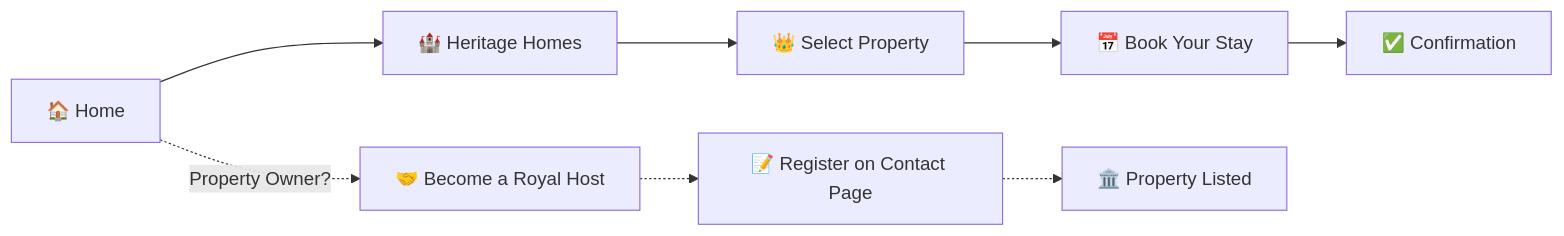
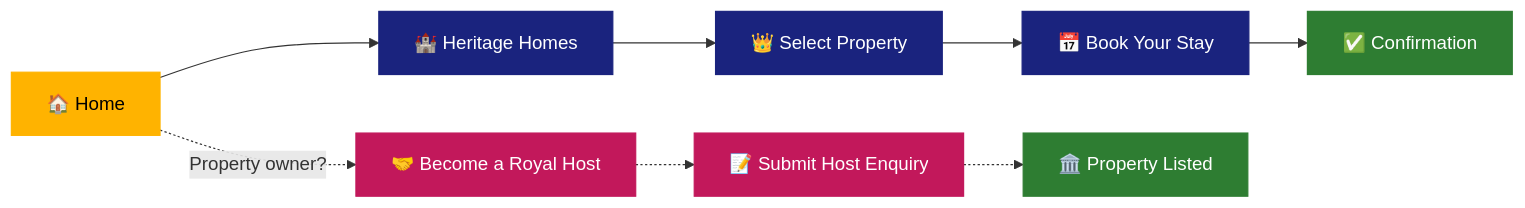
Before and after one commit to shahrishabh1513-jsk/RT-RoyalBNB: the diagram in README.md, drawn with Mermaid. The commit also changed other lines of this file, not shown here.

````diff
--- a/README.md
+++ b/README.md
@@ -195,11 +224,11 @@
 ```mermaid
 flowchart LR
-    A[🏠 Home] --> B[🏰 Heritage Homes]
-    B --> C[👑 Select Property]
-    C --> D[📅 Book Your Stay]
-    D --> E[✅ Confirmation]
+    A[🏠 Home]:::start --> B[🏰 Heritage Homes]:::guest --> C[👑 Select Property]:::guest --> D[📅 Book Your Stay]:::guest --> E[✅ Confirmation]:::done
 
-    A -.->|Property Owner?| F[🤝 Become a Royal Host]
-    F -.-> G[📝 Register on Contact Page]
-    G -.-> H[🏛️ Property Listed]
+    A -.->|Property owner?| F[🤝 Become a Royal Host]:::host -.-> G[📝 Submit Host Enquiry]:::host -.-> H[🏛️ Property Listed]:::done
+
+    classDef start fill:#FFB300,stroke:#FFB300,color:#000
+    classDef guest fill:#1A237E,stroke:#1A237E,color:#fff
+    classDef host fill:#C2185B,stroke:#C2185B,color:#fff
+    classDef done fill:#2E7D32,stroke:#2E7D32,color:#fff
 ```
````
